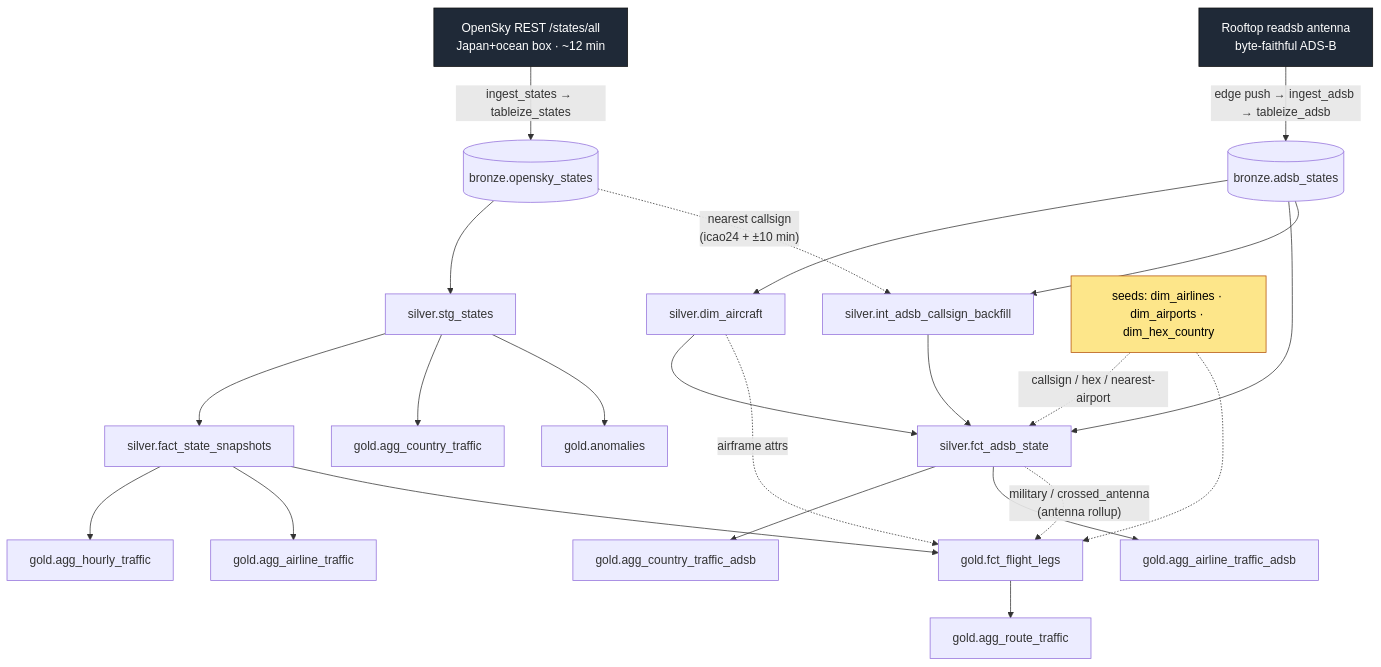
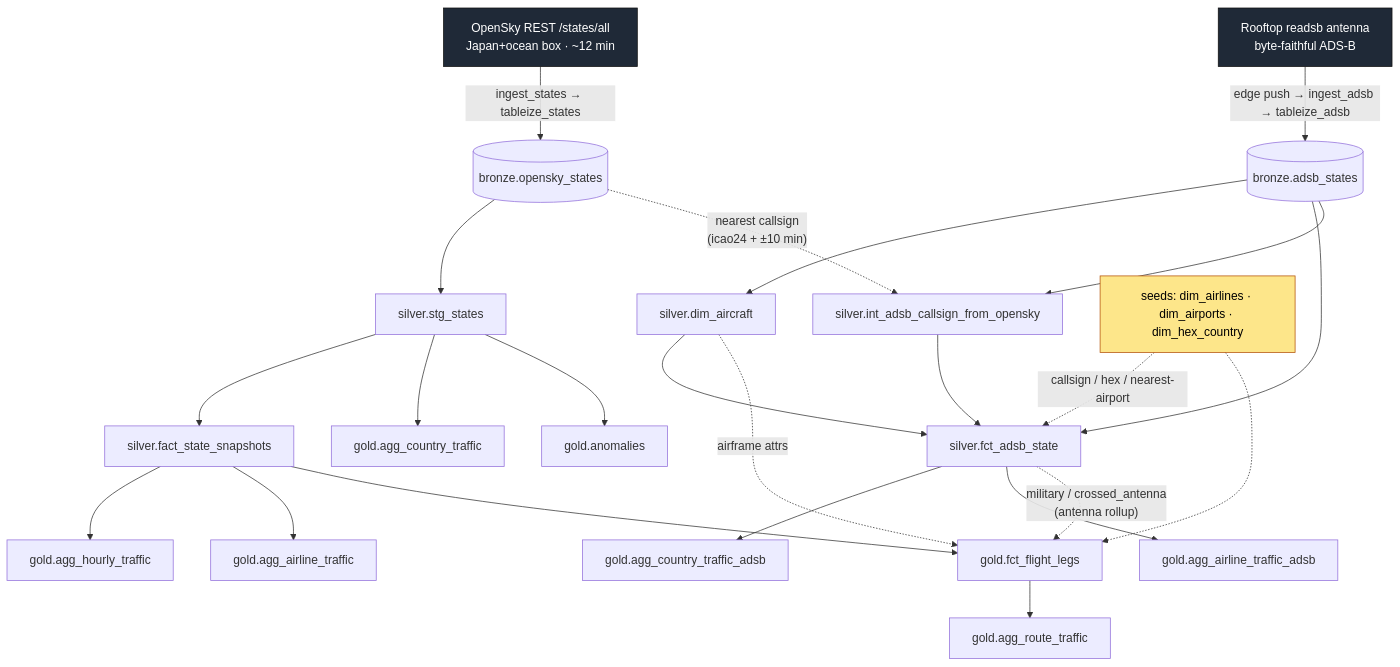
One commit to LaughingKuma/sancha1090 changed the first of 2 diagrams in docs/datalake.md. Above: the diagram before and after it, drawn with Mermaid. The commit also changed other lines of this file and 35 other files, not shown here.

````diff
--- a/docs/datalake.md
+++ b/docs/datalake.md
@@ -39,40 +39,40 @@
 ```mermaid
 flowchart TD
     OSK["OpenSky REST /states/all<br/>Japan+ocean box · ~12 min"]:::feed
     ANT["Rooftop readsb antenna<br/>byte-faithful ADS-B"]:::feed
 
     OSK -->|"ingest_states → tableize_states"| BOS[("bronze.opensky_states")]
     ANT -->|"edge push → ingest_adsb → tableize_adsb"| BAS[("bronze.adsb_states")]
 
     %% ---- OpenSky context track: transform_marts (--exclude tag:adsb tag:flights) ----
     BOS --> STG["silver.stg_states"]
     STG --> FSS["silver.fact_state_snapshots"]
     STG --> ACT["gold.agg_country_traffic"]
     STG --> ANO["gold.anomalies"]
     FSS --> AHT["gold.agg_hourly_traffic"]
     FSS --> AAT["gold.agg_airline_traffic"]
     FSS --> FFL["gold.fct_flight_legs"]
     FFL --> ART["gold.agg_route_traffic"]
 
     %% ---- rooftop track: transform_adsb_silver (--select tag:adsb) ----
     BAS --> DAC["silver.dim_aircraft"]
     BAS --> FAS["silver.fct_adsb_state"]
-    BAS --> CBF["silver.int_adsb_callsign_backfill"]
+    BAS --> CBF["silver.int_adsb_callsign_from_opensky"]
     DAC --> FAS
     CBF --> FAS
     FAS --> ACTA["gold.agg_country_traffic_adsb"]
     FAS --> AATA["gold.agg_airline_traffic_adsb"]
 
     %% ---- cross-feed fusion ----
     FAS -. "military / crossed_antenna<br/>(antenna rollup)" .-> FFL
     DAC -. "airframe attrs" .-> FFL
     BOS -. "nearest callsign<br/>(icao24 + ±10 min)" .-> CBF
 
     %% ---- conformed dim seeds (rooftop DAG seeds them) ----
     SEED["seeds: dim_airlines · dim_airports · dim_hex_country"]:::seed
     SEED -. "callsign / hex / nearest-airport" .-> FAS
     SEED -.-> FFL
 
     classDef feed fill:#1f2937,color:#fff,stroke:#111;
     classDef seed fill:#fde68a,color:#000,stroke:#b45309;
 ```
````
